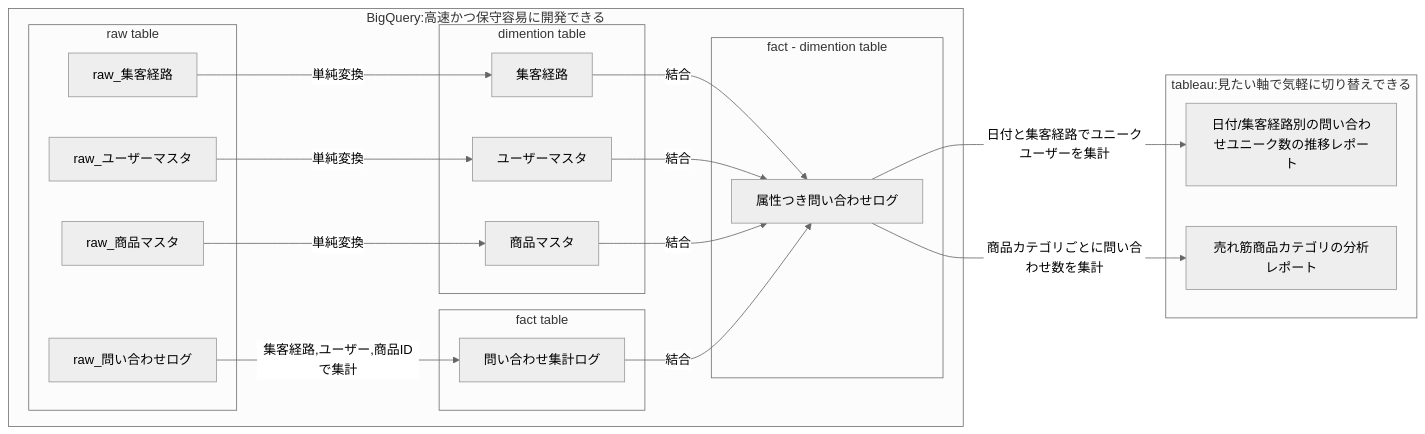
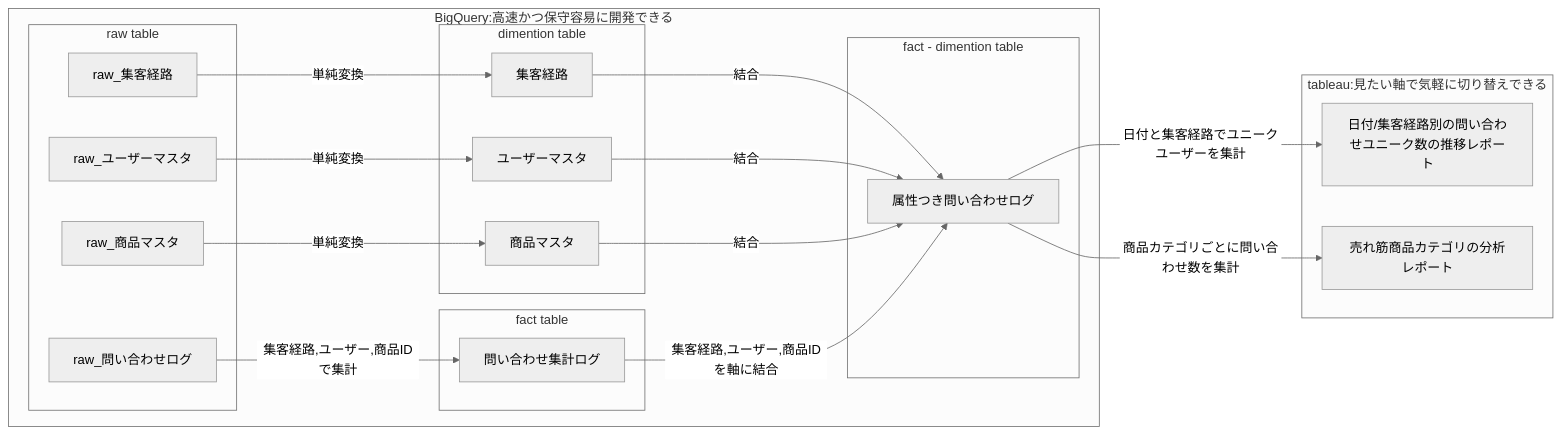
One commit to mjunya1030/mj-zenn changed the first of 5 diagrams in articles/20211004-simplify-tableau-report.md. Above: the diagram before and after it, drawn with Mermaid (neutral theme). The commit also changed other lines of this file, not shown here.

Commit message:
校正

````diff
--- a/articles/20211004-simplify-tableau-report.md
+++ b/articles/20211004-simplify-tableau-report.md
@@ -60,30 +60,30 @@
 ```mermaid
 graph LR;
   subgraph BigQuery:高速かつ保守容易に開発できる
     subgraph raw table;
         raw_集客経路;
         raw_ユーザーマスタ;
         raw_商品マスタ;
         raw_問い合わせログ;
     end
     subgraph dimention table;
         raw_集客経路 -- 単純変換 --> 集客経路;
         raw_ユーザーマスタ -- 単純変換 --> ユーザーマスタ;
         raw_商品マスタ -- 単純変換 --> 商品マスタ;
     end
     subgraph fact table;
         raw_問い合わせログ -- 集客経路,ユーザー,商品IDで集計 --> 問い合わせ集計ログ;
     end
     subgraph fact - dimention table;
         集客経路 -- 結合 --> 属性つき問い合わせログ;
         ユーザーマスタ -- 結合 --> 属性つき問い合わせログ;
         商品マスタ -- 結合 --> 属性つき問い合わせログ;
-        問い合わせ集計ログ -- 結合 --> 属性つき問い合わせログ;
+        問い合わせ集計ログ -- 集客経路,ユーザー,商品IDを軸に結合 --> 属性つき問い合わせログ;
     end
 
 end
 subgraph tableau:見たい軸で気軽に切り替えできる
     属性つき問い合わせログ -- 日付と集客経路でユニークユーザーを集計 --> 日付/集客経路別の問い合わせユニーク数の推移レポート;
     属性つき問い合わせログ -- 商品カテゴリごとに問い合わせ数を集計 --> 売れ筋商品カテゴリの分析レポート;
 end
 ```
````
